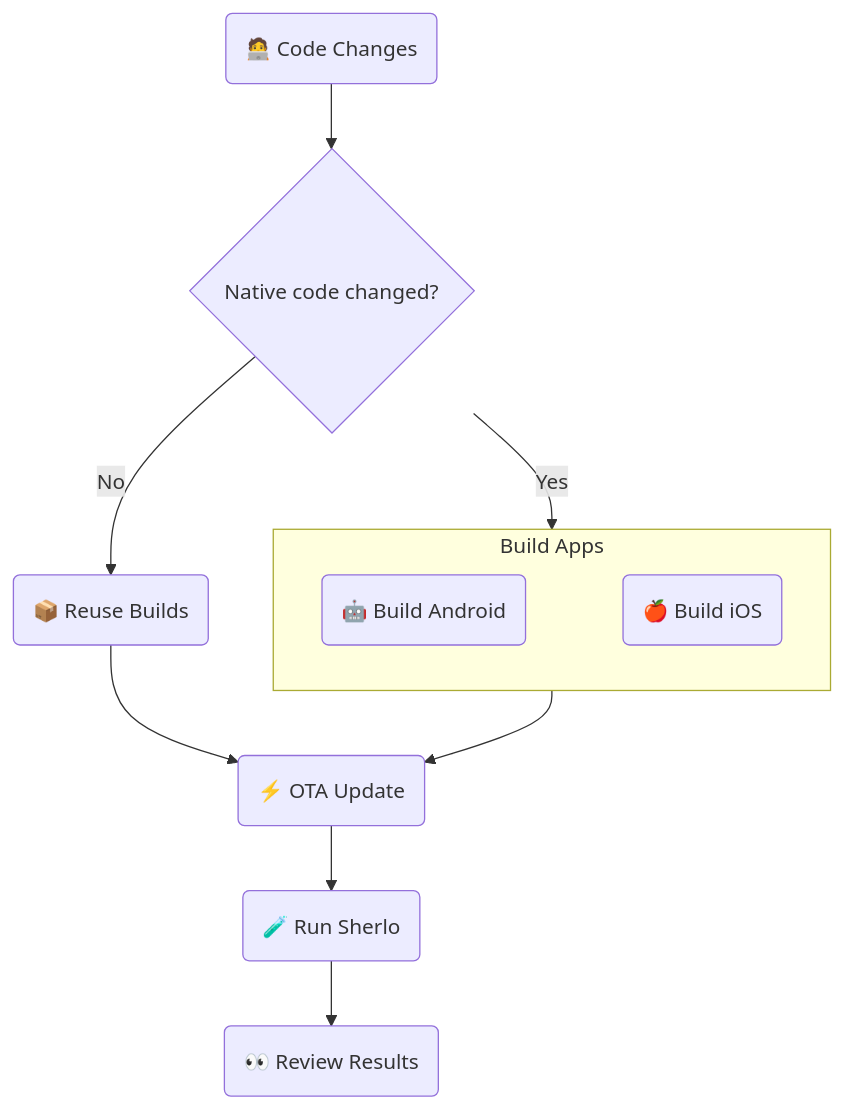
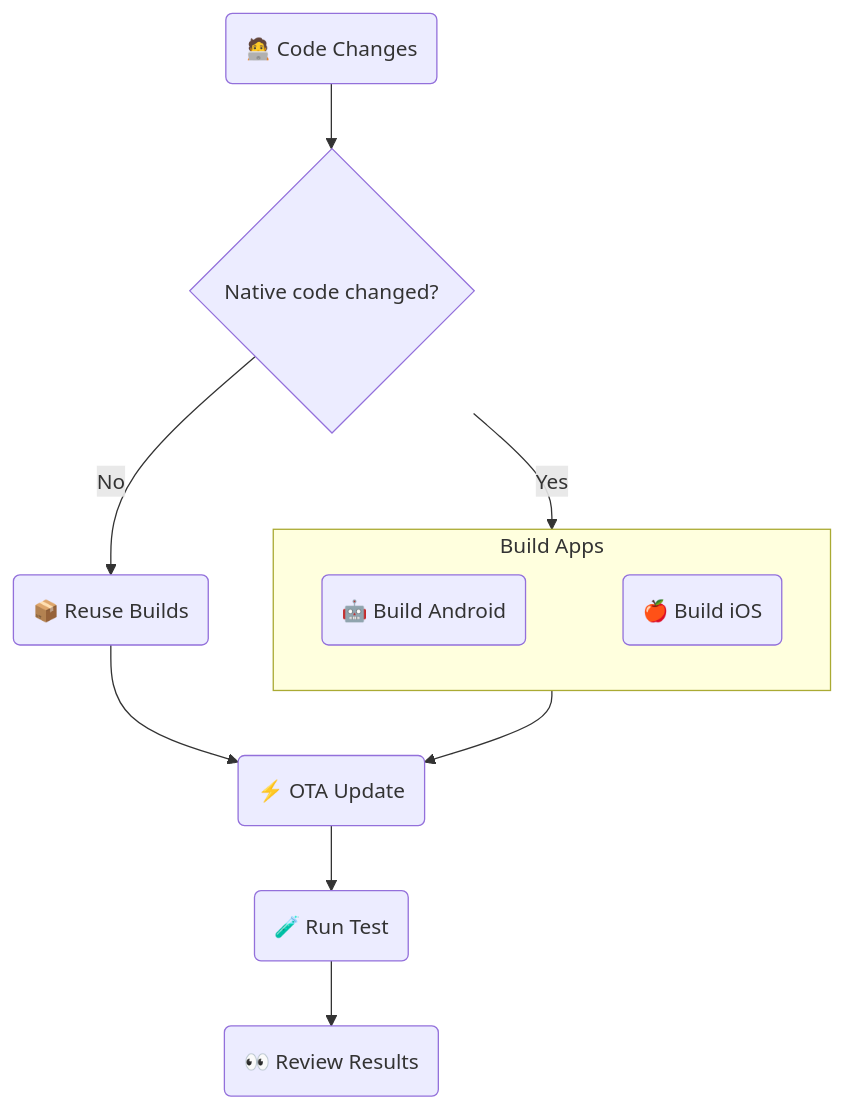
The diagram in examples/eas-update/README.md (sherlo-io/sherlo), drawn with Mermaid before and after one commit. The commit also changed other lines of this file and 3 other files, not shown here.

````diff
--- a/examples/eas-update/README.md
+++ b/examples/eas-update/README.md
@@ -14,21 +14,21 @@
 ```mermaid
 flowchart TB
    UI(🧑‍💻 Code Changes)
    Check{Native code changed?}
    Reuse(📦 Reuse Builds)
    subgraph Build[Build Apps]
       Android(🤖 Build Android)
       iOS(🍎 Build iOS)
       Android ~~~ iOS
    end
    Update(⚡ OTA Update)
-   Sherlo(🧪 Run Sherlo)
+   Test(🧪 Run Test)
    Review(👀 Review Results)
 
    UI --> Check
    Check -->|No| Reuse
    Check -->|Yes| Build
    Reuse & Build --> Update
-   Update --> Sherlo
-   Sherlo --> Review
+   Update --> Test
+   Test --> Review
 ```
````
